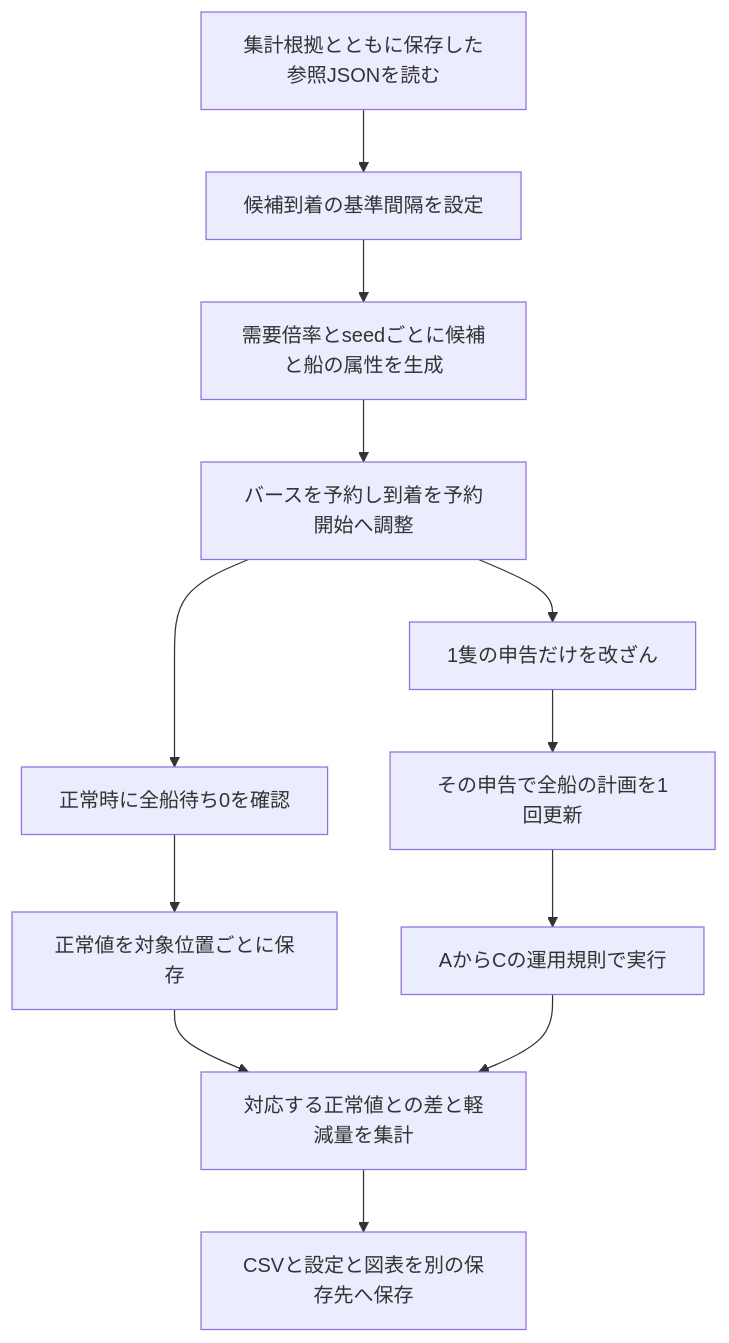
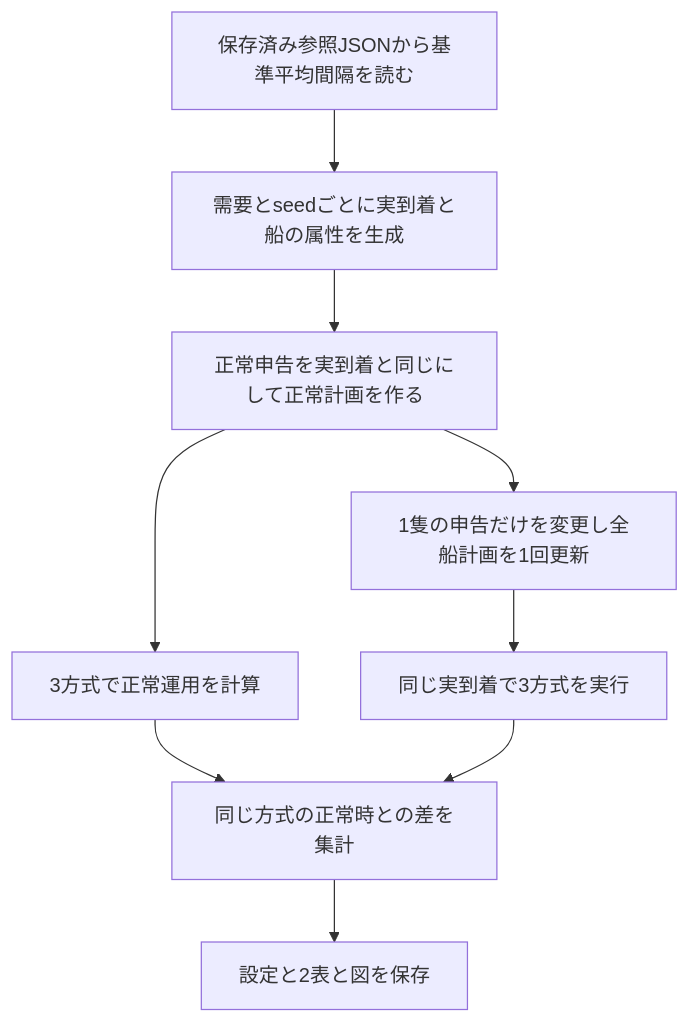
One commit to ryusukeke/thesis changed the diagram in docs/実装説明.md. Above: the diagram before and after it, drawn with Mermaid. The commit also changed other lines of this file and 6 other files, not shown here.

````diff
--- a/docs/実装説明.md
+++ b/docs/実装説明.md
@@ -9,14 +9,11 @@
 ```mermaid
 flowchart TD
-    A[集計根拠とともに保存した参照JSONを読む] --> B[候補到着の基準間隔を設定]
-    B --> C[需要倍率とseedごとに候補と船の属性を生成]
-    C --> D[バースを予約し到着を予約開始へ調整]
-    D --> E[正常時に全船待ち0を確認]
-    D --> F[1隻の申告だけを改ざん]
-    F --> G[その申告で全船の計画を1回更新]
-    E --> H[正常値を対象位置ごとに保存]
-    G --> I[AからCの運用規則で実行]
-    H --> J[対応する正常値との差と軽減量を集計]
-    I --> J
-    J --> K[CSVと設定と図表を別の保存先へ保存]
+    A[保存済み参照JSONから基準平均間隔を読む] --> B[需要とseedごとに実到着と船の属性を生成]
+    B --> C[正常申告を実到着と同じにして正常計画を作る]
+    C --> D[3方式で正常運用を計算]
+    C --> E[1隻の申告だけを変更し全船計画を1回更新]
+    E --> F[同じ実到着で3方式を実行]
+    D --> G[同じ方式の正常時との差を集計]
+    F --> G
+    G --> H[設定と2表と図を保存]
 ```
````
